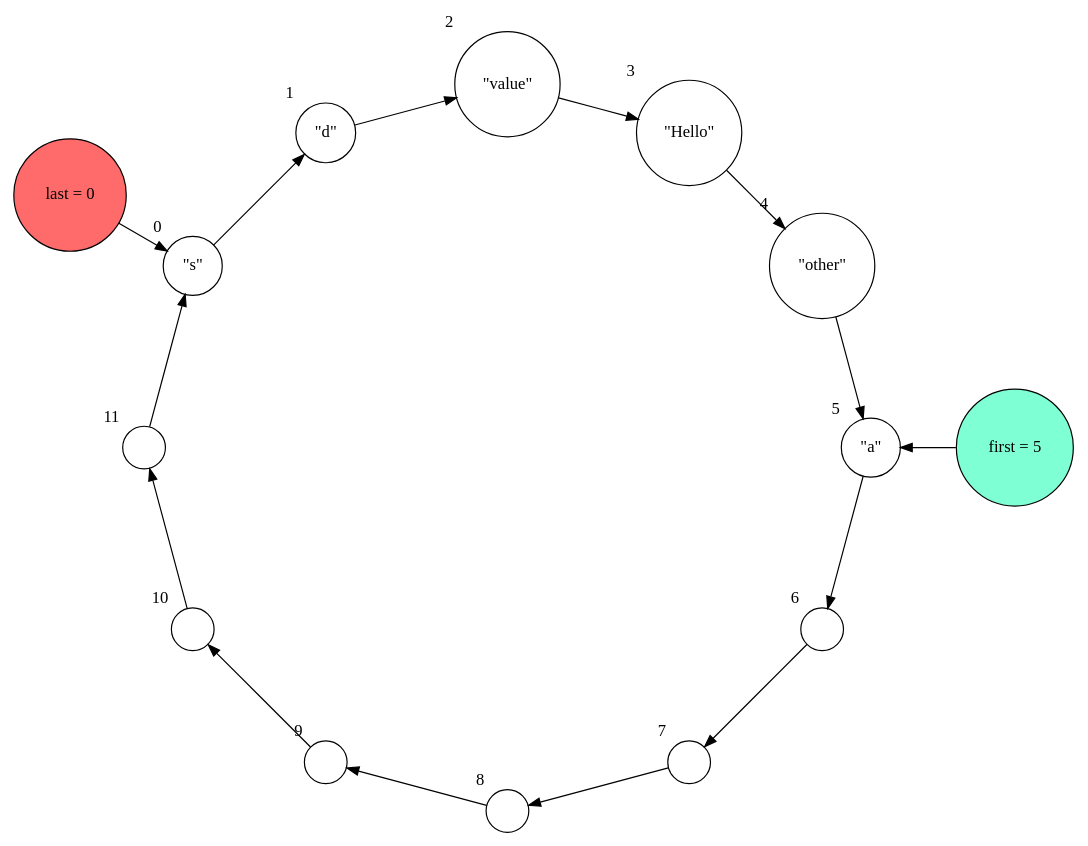
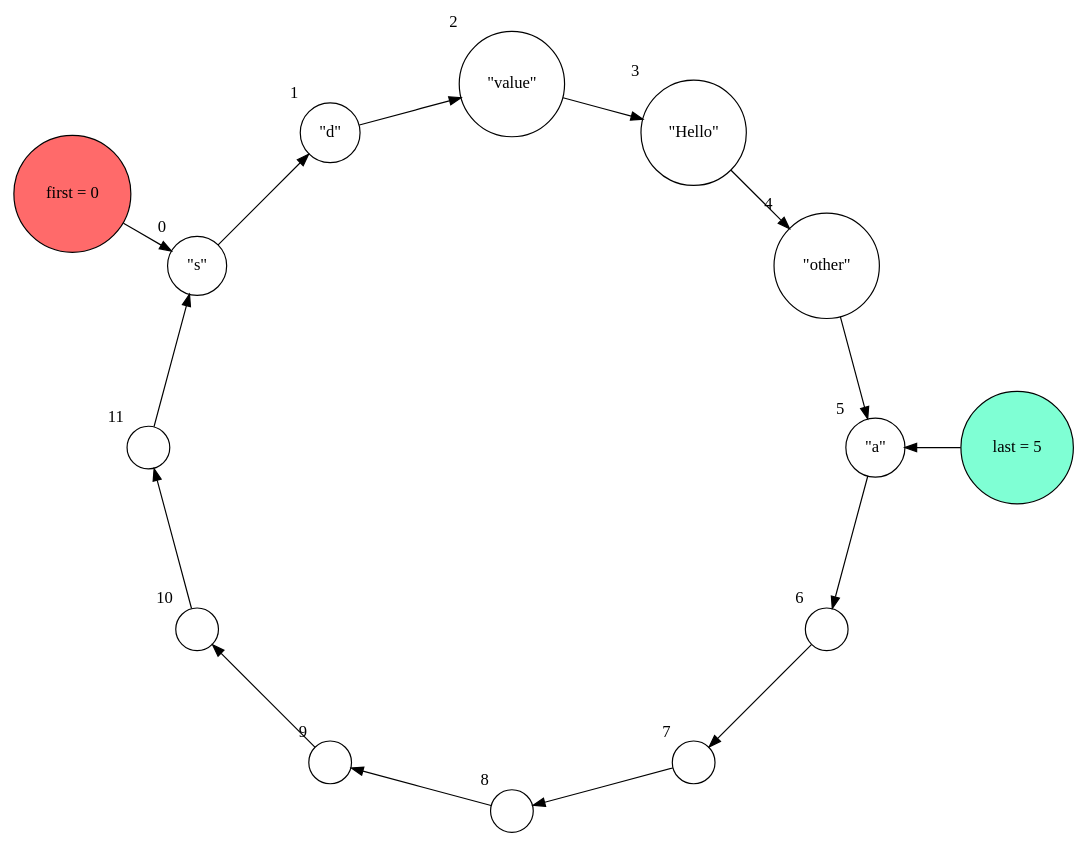
The fifth of 5 diagrams in ueb09/doc/doc.adoc (flohero/swo-exercise), drawn with Graphviz before and after one commit. The commit also changed other lines of this file and 2 other files, not shown here.

```diff
--- a/ueb09/doc/doc.adoc
+++ b/ueb09/doc/doc.adoc
@@ -144,28 +145,28 @@
 [graphviz,width=400]
 ----
 digraph g1 {
     layout="circo";
     forcelabels=true;
     node [shape = circle];
     N0 [xlabel="0", label="\"s\""]
     N1 [xlabel="1", label="\"d\""]
     N2 [xlabel="2", label="\"value\""]
     N3 [xlabel="3", label="\"Hello\""]
     N4 [xlabel="4", label="\"other\""]
     N5 [xlabel="5", label="\"a\""]
     N6 [xlabel="6", label=""]
     N7 [xlabel="7", label=""]
     N8 [xlabel="8", label=""]
     N9 [xlabel="9", label=""]
     N10 [xlabel="10", label=""]
     N11[xlabel="11", label=""]
 
     N0 -> N1 -> N2 -> N3 -> N4 -> N5 -> N6
     -> N7 -> N8 -> N9 -> N10 -> N11 -> N0;
 
-    first [fillcolor = aquamarine, style=filled, label="first = 5"];
-    last [fillcolor = indianred1, style=filled, label="last = 0"];
-    first -> N5;
-    last -> N0;
+    last [fillcolor = aquamarine, style=filled, label="last = 5"];
+    first [fillcolor = indianred1, style=filled, label="first = 0"];
+    last -> N5;
+    first -> N0;
 }
 ----
```
